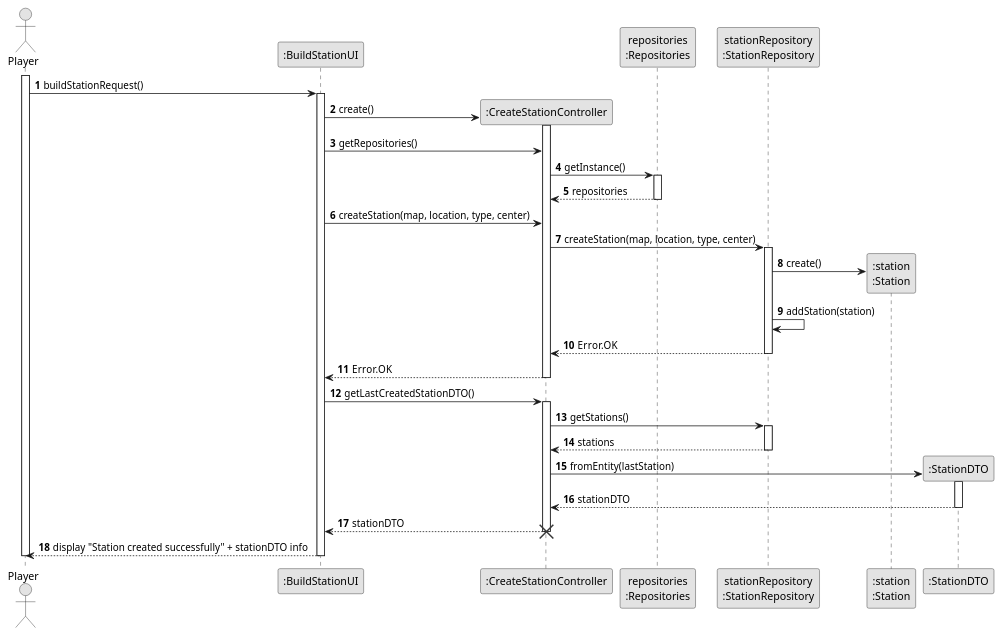
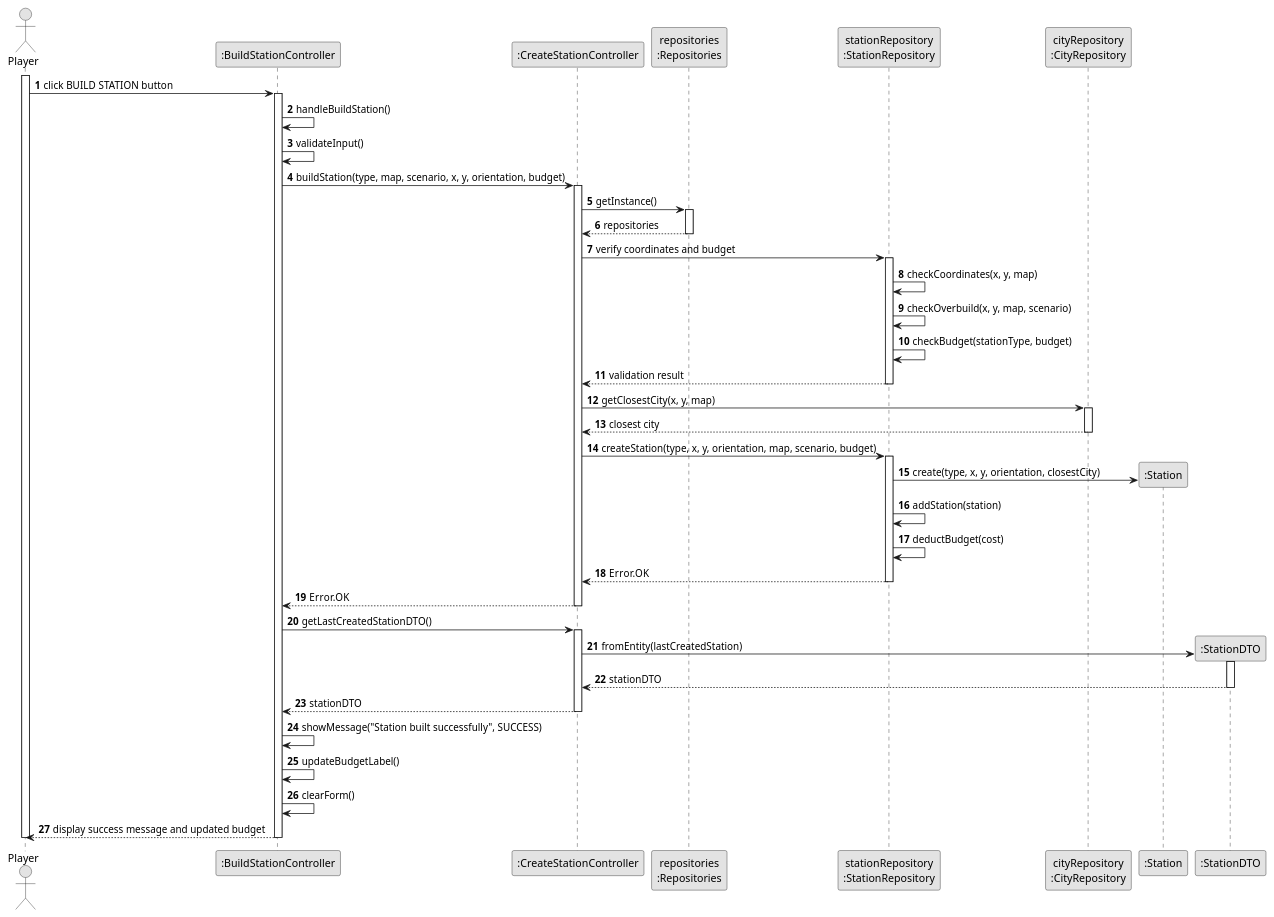
The diagram in docs/system-documentation/US005/03.design/puml/US005-SD-createAndSuccess.puml (goncalolopesp/sem2-pi-24.25-g093-repo), drawn with PlantUML before and after one commit. The commit also changed 9 other files, not shown here.

```diff
--- a/docs/system-documentation/US005/03.design/puml/US005-SD-createAndSuccess.puml
+++ b/docs/system-documentation/US005/03.design/puml/US005-SD-createAndSuccess.puml
@@ -1,60 +1,70 @@
 @startuml US005-SD-createAndSuccess
 skinparam monochrome true
 skinparam packageStyle rectangle
 skinparam shadowing false
 
 autonumber
 
 actor "Player" as Player
-participant ":BuildStationUI" as BuildStationUI
+participant ":BuildStationController" as BuildStationController
 participant ":CreateStationController" as CreateStationController
 participant "repositories\n:Repositories" as Repositories
 participant "stationRepository\n:StationRepository" as StationRepository
+participant "cityRepository\n:CityRepository" as CityRepository
 
 activate Player
-Player -> BuildStationUI : buildStationRequest()
-activate BuildStationUI
-create CreateStationController
-BuildStationUI -> CreateStationController : create()
+Player -> BuildStationController : click BUILD STATION button
+activate BuildStationController
+BuildStationController -> BuildStationController : handleBuildStation()
+BuildStationController -> BuildStationController : validateInput()
+
+BuildStationController -> CreateStationController : buildStation(type, map, scenario, x, y, orientation, budget)
 activate CreateStationController
 
-BuildStationUI -> CreateStationController : getRepositories()
 CreateStationController -> Repositories : getInstance()
 activate Repositories
 Repositories --> CreateStationController : repositories
 deactivate Repositories
 
-BuildStationUI -> CreateStationController : createStation(map, location, type, center)
-CreateStationController -> StationRepository : createStation(map, location, type, center)
+CreateStationController -> StationRepository : verify coordinates and budget
 activate StationRepository
+StationRepository -> StationRepository : checkCoordinates(x, y, map)
+StationRepository -> StationRepository : checkOverbuild(x, y, map, scenario)
+StationRepository -> StationRepository : checkBudget(stationType, budget)
+StationRepository --> CreateStationController : validation result
+deactivate StationRepository
 
-create ":station\n:Station" as Station
-StationRepository -> Station : create()
+CreateStationController -> CityRepository : getClosestCity(x, y, map)
+activate CityRepository
+CityRepository --> CreateStationController : closest city
+deactivate CityRepository
+
+CreateStationController -> StationRepository : createStation(type, x, y, orientation, map, scenario, budget)
+activate StationRepository
+create ":Station" as Station
+StationRepository -> Station : create(type, x, y, orientation, closestCity)
 StationRepository -> StationRepository : addStation(station)
+StationRepository -> StationRepository : deductBudget(cost)
 StationRepository --> CreateStationController : Error.OK
 deactivate StationRepository
 
-CreateStationController --> BuildStationUI : Error.OK
+CreateStationController --> BuildStationController : Error.OK
 deactivate CreateStationController
 
-BuildStationUI -> CreateStationController : getLastCreatedStationDTO()
+BuildStationController -> CreateStationController : getLastCreatedStationDTO()
 activate CreateStationController
-CreateStationController -> StationRepository : getStations()
-activate StationRepository
-StationRepository --> CreateStationController : stations
-deactivate StationRepository
-
 create ":StationDTO" as StationDTO
-CreateStationController -> StationDTO : fromEntity(lastStation)
+CreateStationController -> StationDTO : fromEntity(lastCreatedStation)
 activate StationDTO
 StationDTO --> CreateStationController : stationDTO
 deactivate StationDTO
-CreateStationController --> BuildStationUI : stationDTO
+CreateStationController --> BuildStationController : stationDTO
 deactivate CreateStationController
 
-destroy CreateStationController
-
-BuildStationUI --> Player : display "Station created successfully" + stationDTO info
-deactivate BuildStationUI
+BuildStationController -> BuildStationController : showMessage("Station built successfully", SUCCESS)
+BuildStationController -> BuildStationController : updateBudgetLabel()
+BuildStationController -> BuildStationController : clearForm()
+BuildStationController --> Player : display success message and updated budget
+deactivate BuildStationController
 deactivate Player
 @enduml
```
